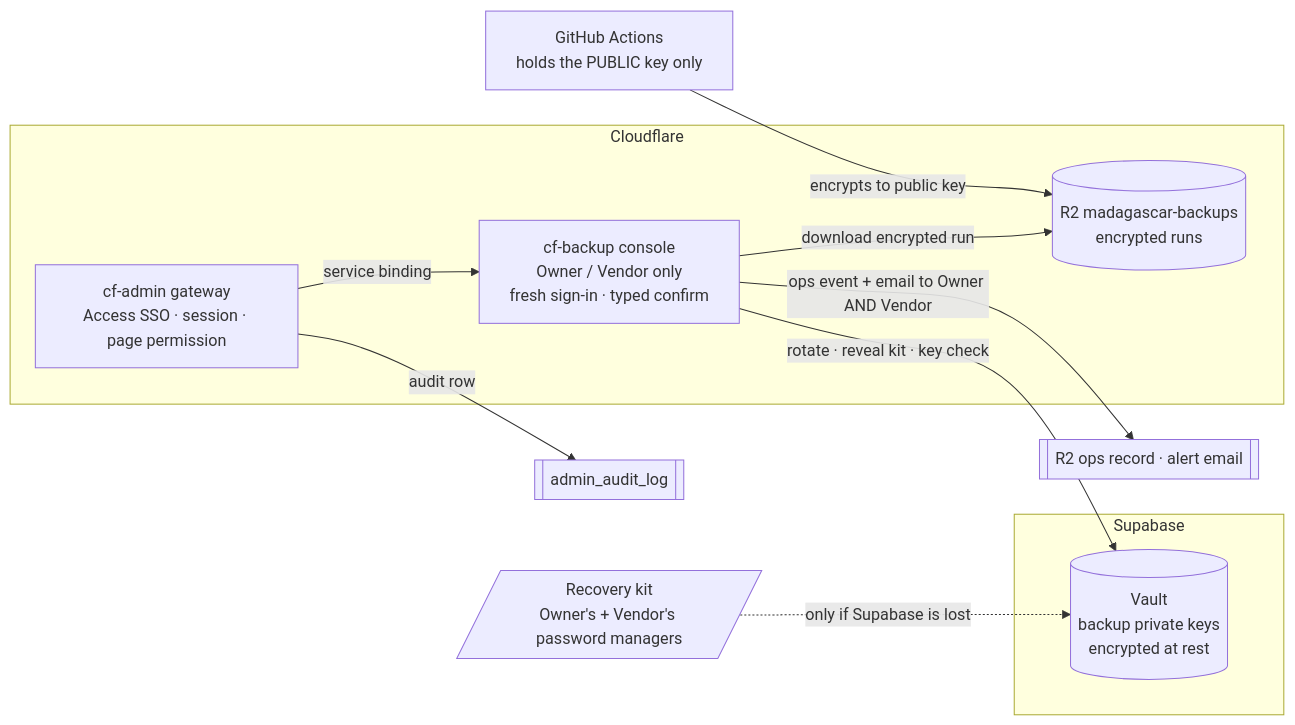
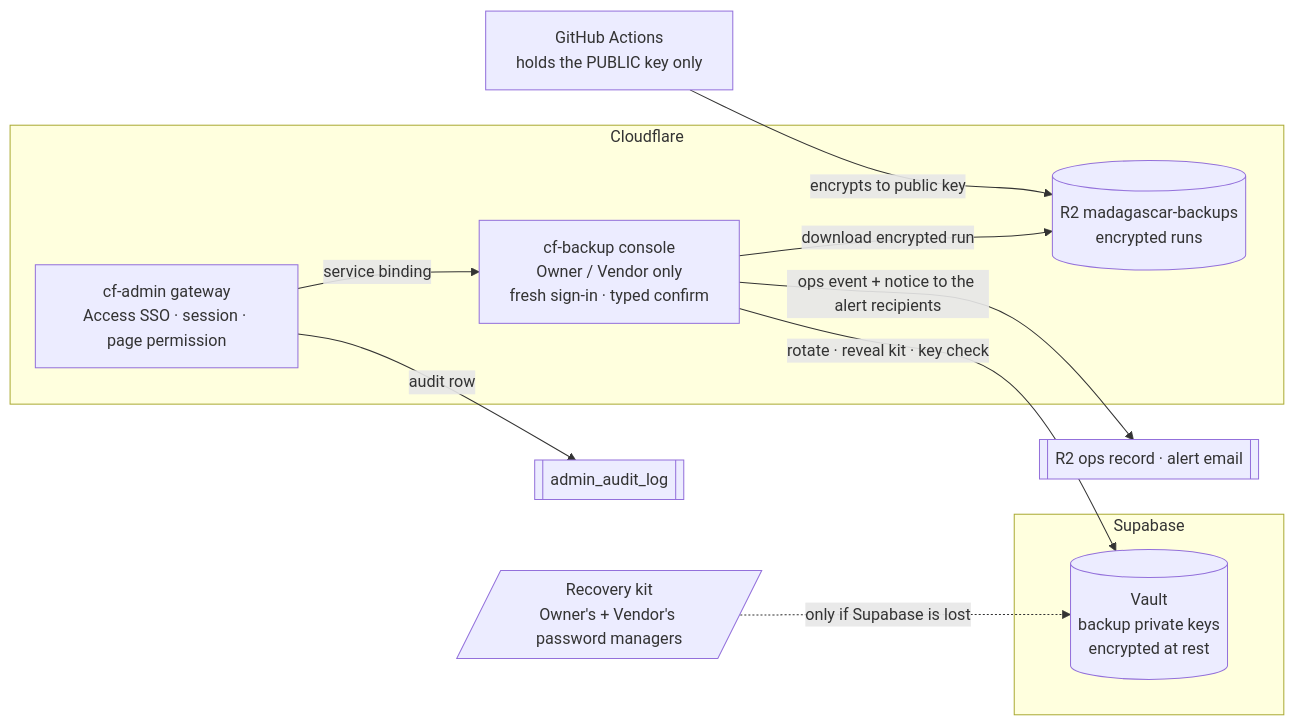
The diagram in synced-docs/cf-admin/documentation/program/cf-backup/09-key-management.md (Harshil8136/chess-game1), drawn with Mermaid before and after one commit. The commit also changed other lines of this file and 70 other files, not shown here.

````diff
--- a/synced-docs/cf-admin/documentation/program/cf-backup/09-key-management.md
+++ b/synced-docs/cf-admin/documentation/program/cf-backup/09-key-management.md
@@ -30,18 +30,18 @@
 ```mermaid
 flowchart LR
   subgraph CF[Cloudflare]
-    R2[(R2 madagascar-backups<br/>encrypted runs)]
-    ADM[cf-admin gateway<br/>Access SSO · session · page permission]
-    KB[cf-backup console<br/>Owner / Vendor only<br/>fresh sign-in · typed confirm]
+    R2[("R2 madagascar-backups<br/>encrypted runs")]
+    ADM["cf-admin gateway<br/>Access SSO · session · page permission"]
+    KB["cf-backup console<br/>Owner / Vendor only<br/>fresh sign-in · typed confirm"]
   end
   subgraph SB[Supabase]
-    V[(Vault<br/>backup private keys<br/>encrypted at rest)]
+    V[("Vault<br/>backup private keys<br/>encrypted at rest")]
   end
-  GH[GitHub Actions<br/>holds the PUBLIC key only] -->|encrypts to public key| R2
-  ADM -->|service binding| KB
-  KB -->|rotate · reveal kit · key check| V
-  KB -->|download encrypted run| R2
-  KB -->|ops event + email to Owner AND Vendor| LOG[[R2 ops record · alert email]]
-  ADM -->|audit row| AUD[[admin_audit_log]]
-  KIT[/Recovery kit<br/>Owner's + Vendor's password managers/] -.only if Supabase is lost.-> V
+  GH["GitHub Actions<br/>holds the PUBLIC key only"] -->|"encrypts to public key"| R2
+  ADM -->|"service binding"| KB
+  KB -->|"rotate · reveal kit · key check"| V
+  KB -->|"download encrypted run"| R2
+  KB -->|"ops event + notice to the alert recipients"| LOG[["R2 ops record · alert email"]]
+  ADM -->|"audit row"| AUD[["admin_audit_log"]]
+  KIT[/"Recovery kit<br/>Owner's + Vendor's password managers"/] -.->|"only if Supabase is lost"| V
 ```
````
